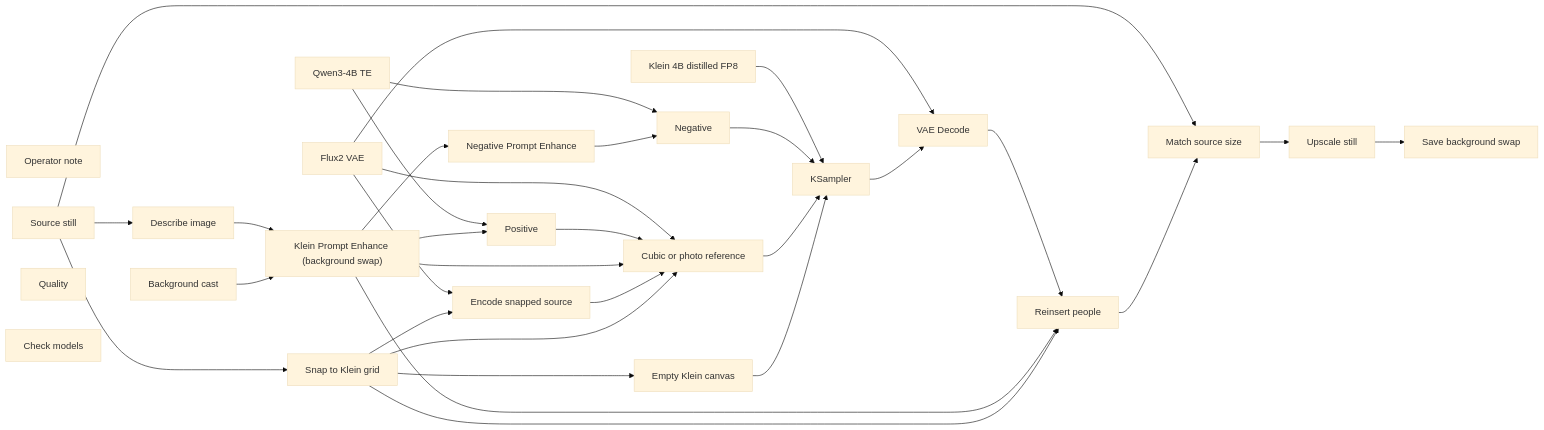
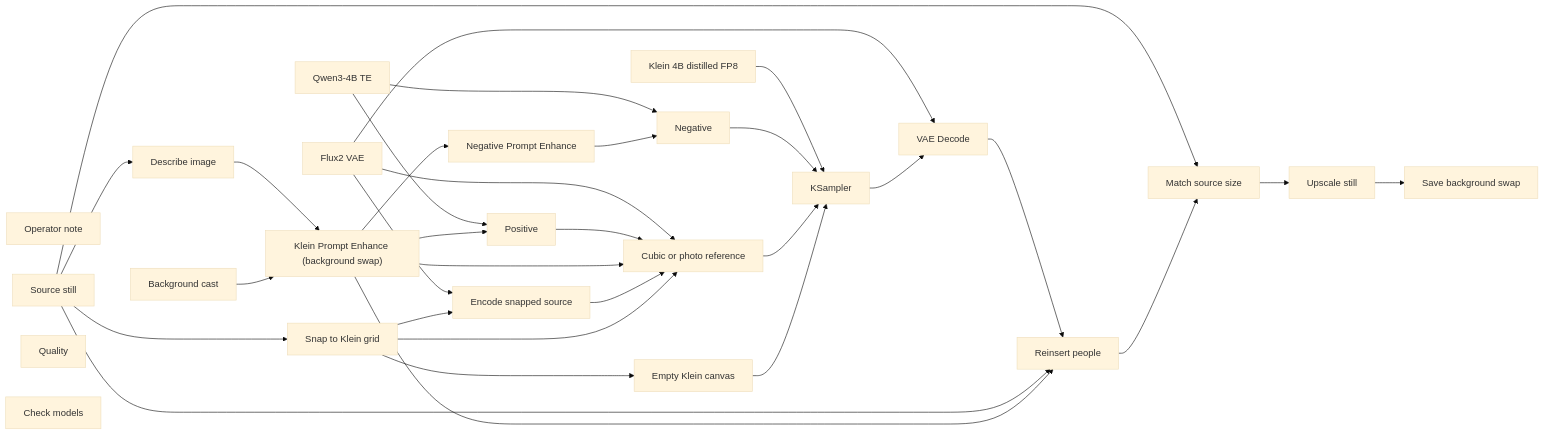
Before and after one commit to toxicoder/ez-comfy-stack: the diagram in docs/generated/workflows/stills/background-swap.md, drawn with Mermaid (base theme). The commit also changed other lines of this file and 20 other files, not shown here.

First line of the commit message:
fix: keep source people photoreal on cubic background swaps

````diff
--- a/docs/generated/workflows/stills/background-swap.md
+++ b/docs/generated/workflows/stills/background-swap.md
@@ -54,56 +54,56 @@
 ```mermaid
 flowchart LR
   N1["Klein 4B distilled FP8"]
   N2["Qwen3-4B TE"]
   N3["Flux2 VAE"]
   N4["Positive"]
   N5["Negative"]
   N7["KSampler"]
   N8["VAE Decode"]
   N9["Save background swap"]
   N10["Operator note"]
   N11["Source still"]
   N12["Klein Prompt Enhance (background swap)"]
   N13["Negative Prompt Enhance"]
   N14["Quality"]
   N18["Upscale still"]
   N19["Describe image"]
-  N20["Encode snapped source"]
-  N21["Cubic or photo reference"]
-  N22["Snap to Klein grid"]
-  N23["Match source size"]
-  N24["Background cast"]
-  N25["Check models"]
-  N26["Empty Klein canvas"]
-  N27["Reinsert people"]
+  N20["Check models"]
+  N21["Encode snapped source"]
+  N22["Cubic or photo reference"]
+  N23["Snap to Klein grid"]
+  N24["Match source size"]
+  N25["Empty Klein canvas"]
+  N26["Reinsert people"]
+  N27["Background cast"]
   N1 --> N7
   N2 --> N4
   N2 --> N5
   N3 --> N8
-  N3 --> N20
   N3 --> N21
-  N4 --> N21
+  N3 --> N22
+  N4 --> N22
   N5 --> N7
   N7 --> N8
-  N8 --> N27
-  N11 --> N22
+  N8 --> N26
   N11 --> N23
+  N11 --> N24
+  N11 --> N26
   N11 --> N19
   N12 --> N4
   N12 --> N13
-  N12 --> N21
-  N12 --> N27
+  N12 --> N22
+  N12 --> N26
   N13 --> N5
   N18 --> N9
   N19 --> N12
-  N20 --> N21
-  N21 --> N7
-  N22 --> N20
-  N22 --> N26
-  N22 --> N21
-  N22 --> N27
-  N23 --> N18
-  N24 --> N12
-  N26 --> N7
-  N27 --> N23
+  N21 --> N22
+  N22 --> N7
+  N23 --> N21
+  N23 --> N25
+  N23 --> N22
+  N24 --> N18
+  N25 --> N7
+  N26 --> N24
+  N27 --> N12
 ```
````
